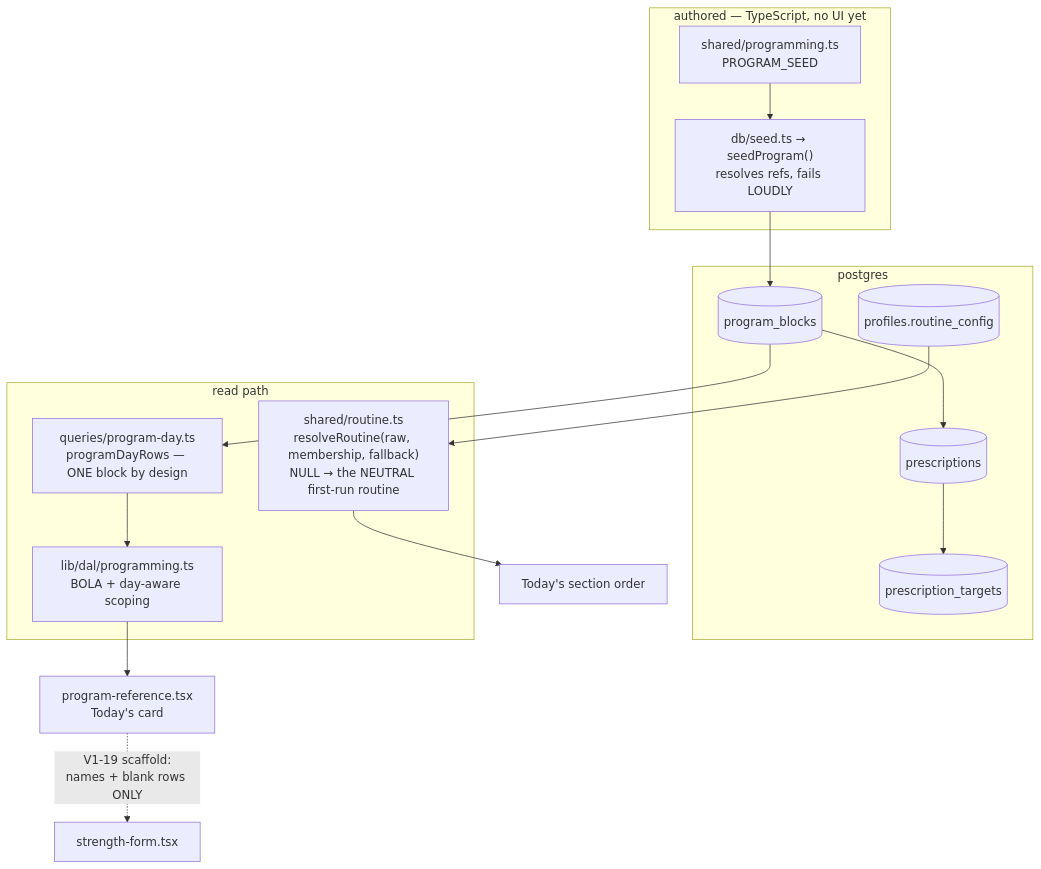
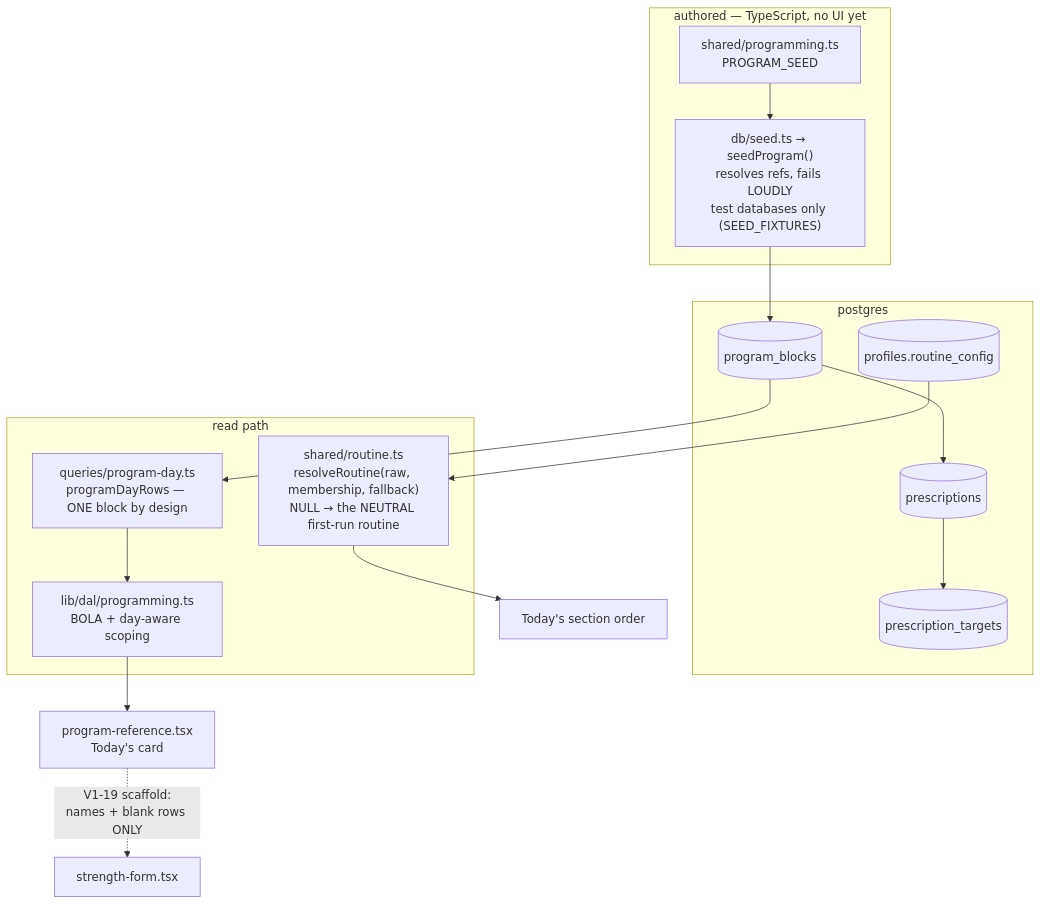
One commit to ralamode/mat-plan changed the diagram in docs/features/programming.md. Above: the diagram before and after it, drawn with Mermaid. The commit also changed other lines of this file and 17 other files, not shown here.

First line of the commit message:
chore(fam-1-1): production's seed no longer writes the program; only test databases get it (#432)

````diff
--- a/docs/features/programming.md
+++ b/docs/features/programming.md
@@ -36,23 +36,23 @@
 ```mermaid
 flowchart TD
   subgraph authored["authored — TypeScript, no UI yet"]
     SEED["shared/programming.ts<br/>PROGRAM_SEED"]
-    SEEDFN["db/seed.ts → seedProgram()<br/>resolves refs, fails LOUDLY"]
+    SEEDFN["db/seed.ts → seedProgram()<br/>resolves refs, fails LOUDLY<br/>test databases only (SEED_FIXTURES)"]
   end
 
   subgraph tables["postgres"]
     BLOCK[(program_blocks)] --> PRESC[(prescriptions)] --> TARGET[(prescription_targets)]
     PROFILE[(profiles.routine_config)]
   end
 
   subgraph read["read path"]
     QUERY["queries/program-day.ts<br/>programDayRows — ONE block by design"]
     DALP["lib/dal/programming.ts<br/>BOLA + day-aware scoping"]
     ROUTINE["shared/routine.ts<br/>resolveRoutine(raw, membership, fallback)<br/>NULL → the NEUTRAL first-run routine"]
   end
 
   SEED --> SEEDFN --> BLOCK
   BLOCK --> QUERY --> DALP --> CARD["program-reference.tsx<br/>Today's card"]
   PROFILE --> ROUTINE --> TODAY["Today's section order"]
   CARD -.->|"V1-19 scaffold:<br/>names + blank rows ONLY"| FORM["strength-form.tsx"]
 ```
````
